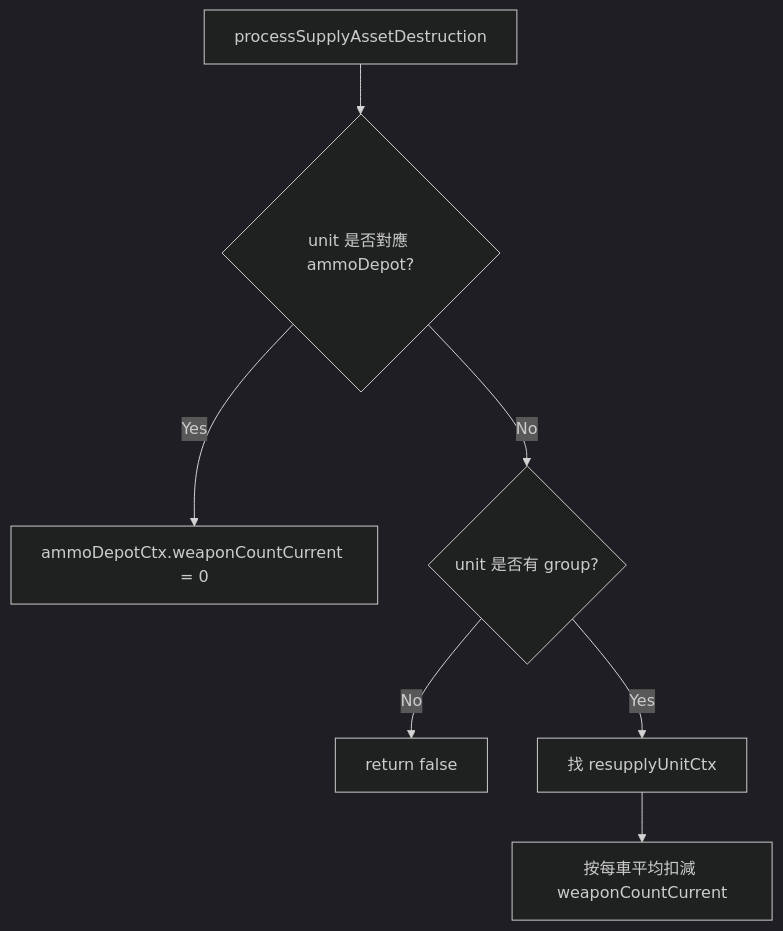
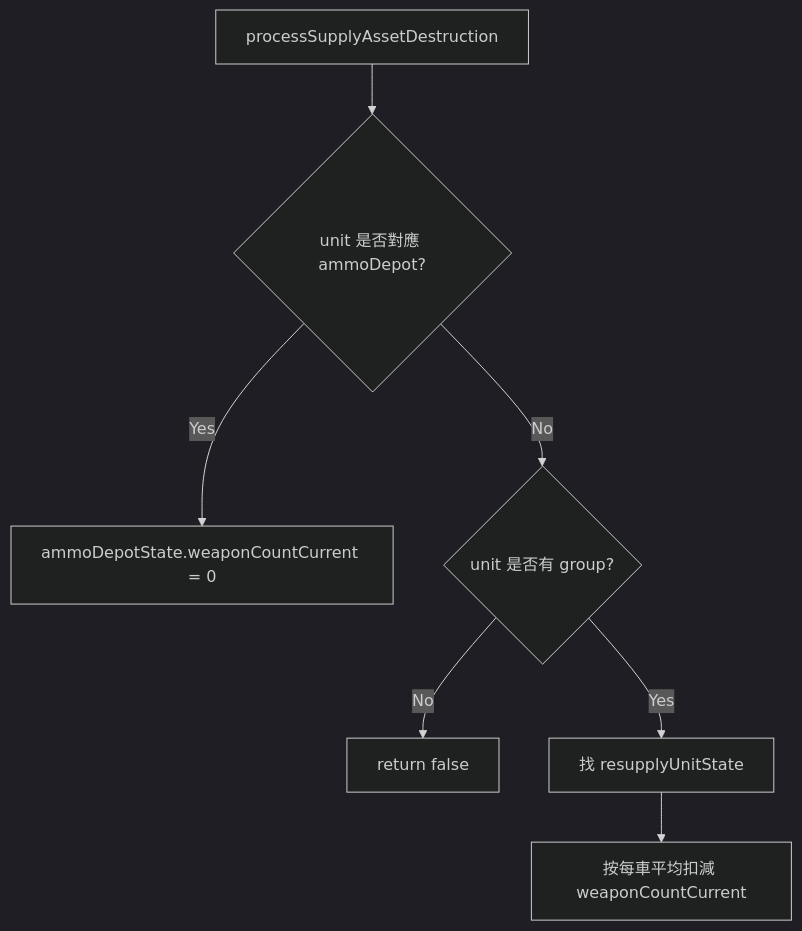
One commit to pullupjumper/formosa-in-flames changed the diagram in docs/missileSystem/context.md. Above: the diagram before and after it, drawn with Mermaid (dark theme). The commit also changed other lines of this file and 67 other files, not shown here.

````diff
--- a/docs/missileSystem/context.md
+++ b/docs/missileSystem/context.md
@@ -24,9 +24,9 @@
 ```mermaid
 flowchart TD
     A[processSupplyAssetDestruction] --> B{unit 是否對應 ammoDepot?}
-    B -->|Yes| C[ammoDepotCtx.weaponCountCurrent = 0]
+    B -->|Yes| C[ammoDepotState.weaponCountCurrent = 0]
     B -->|No| D{unit 是否有 group?}
     D -->|No| E[return false]
-    D -->|Yes| F[找 resupplyUnitCtx]
+    D -->|Yes| F[找 resupplyUnitState]
     F --> G[按每車平均扣減 weaponCountCurrent]
 ```
````
